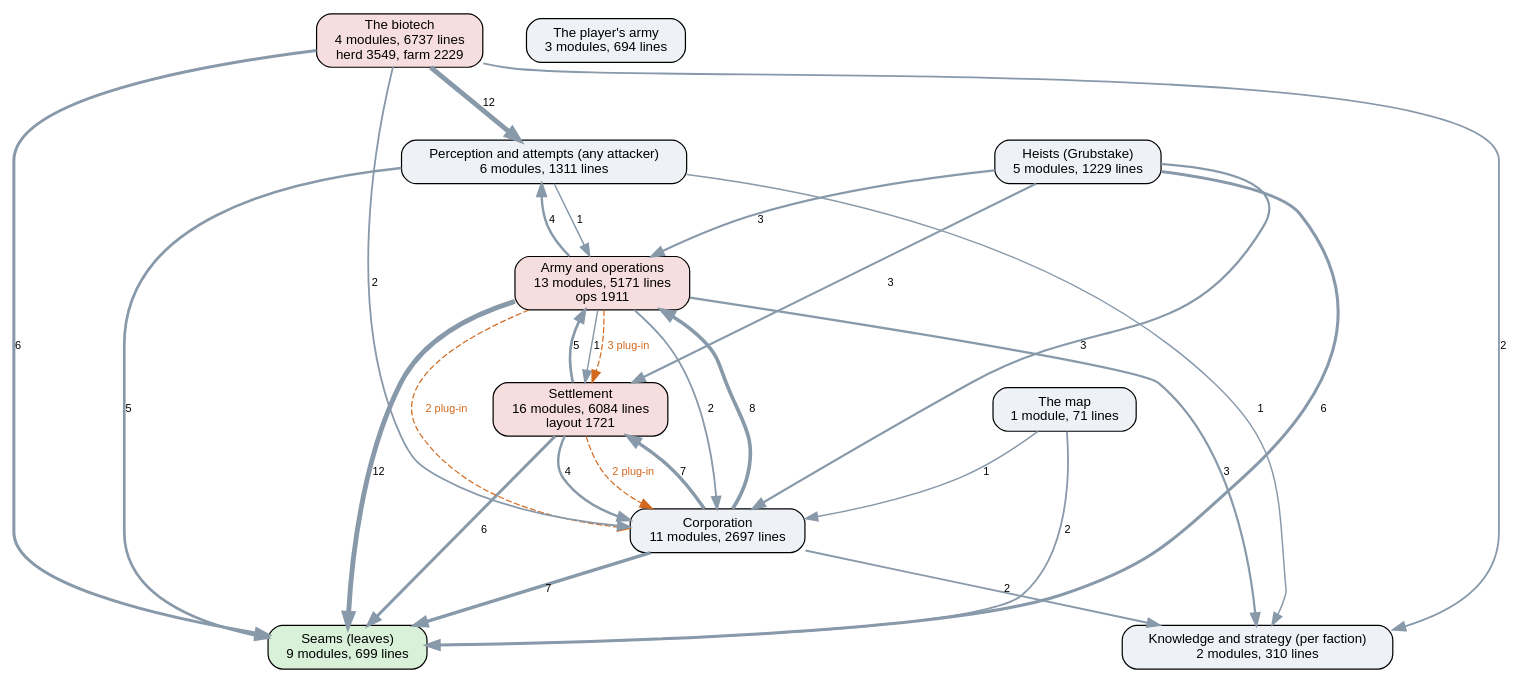
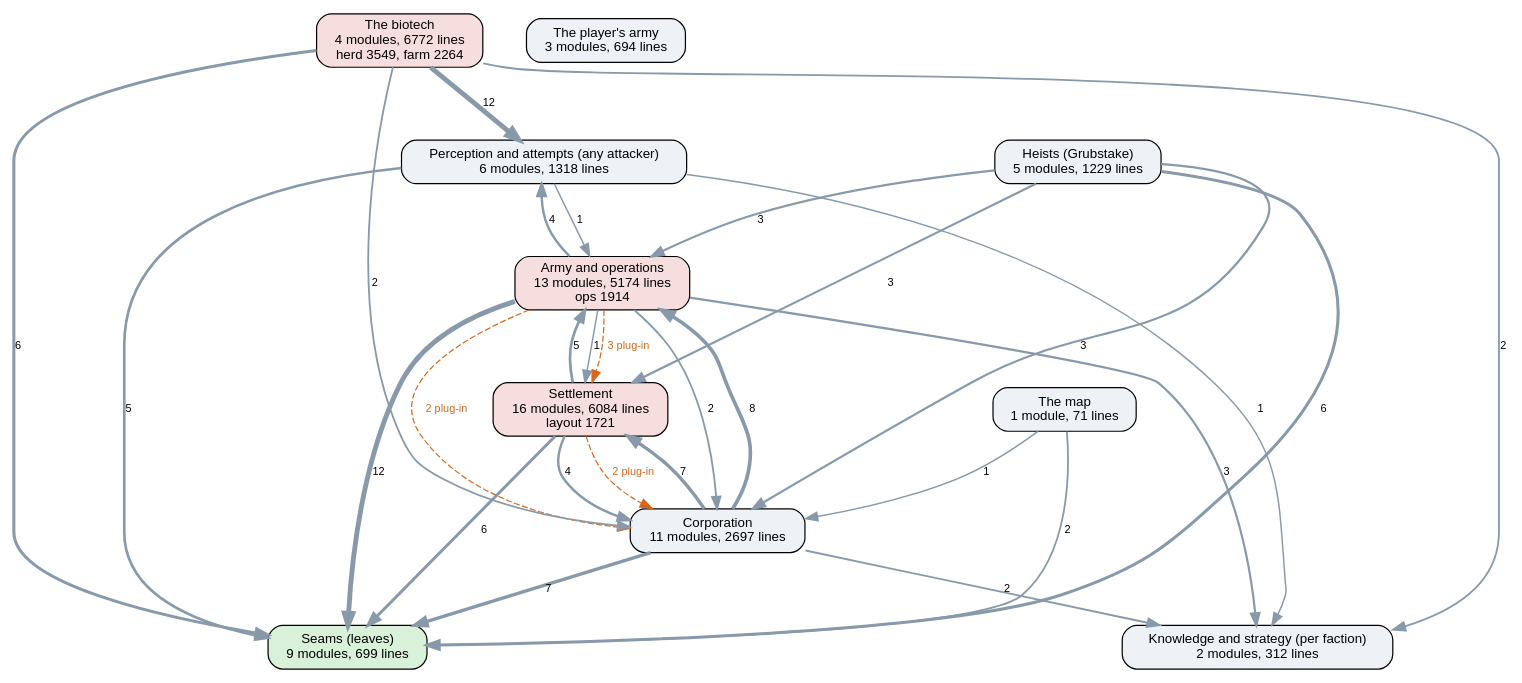
Before and after one commit to kinelhu/landing-party: the diagram in docs/ai-layers.dot, drawn with Graphviz. The commit also changed 13 other files, not shown here.

```diff
--- a/docs/ai-layers.dot
+++ b/docs/ai-layers.dot
@@ -1,43 +1,43 @@
 digraph layers {
   graph [rankdir=TB, fontname="Helvetica", nodesep=0.5, ranksep=0.7];
   node [shape=box, style="rounded,filled", fontname="Helvetica", fontsize=11, fillcolor="#eef2f7"];
   edge [color="#8899aa", fontname="Helvetica", fontsize=9];
   "Seams (leaves)" [label="Seams (leaves)\n9 modules, 699 lines", fillcolor="#d9f0d9"];
-  "Perception and attempts (any attacker)" [label="Perception and attempts (any attacker)\n6 modules, 1311 lines", fillcolor="#eef2f7"];
-  "Knowledge and strategy (per faction)" [label="Knowledge and strategy (per faction)\n2 modules, 310 lines", fillcolor="#eef2f7"];
+  "Perception and attempts (any attacker)" [label="Perception and attempts (any attacker)\n6 modules, 1318 lines", fillcolor="#eef2f7"];
+  "Knowledge and strategy (per faction)" [label="Knowledge and strategy (per faction)\n2 modules, 312 lines", fillcolor="#eef2f7"];
   "Corporation" [label="Corporation\n11 modules, 2697 lines", fillcolor="#eef2f7"];
   "Settlement" [label="Settlement\n16 modules, 6084 lines\nlayout 1721", fillcolor="#f7dede"];
-  "Army and operations" [label="Army and operations\n13 modules, 5171 lines\nops 1911", fillcolor="#f7dede"];
+  "Army and operations" [label="Army and operations\n13 modules, 5174 lines\nops 1914", fillcolor="#f7dede"];
   "Heists (Grubstake)" [label="Heists (Grubstake)\n5 modules, 1229 lines", fillcolor="#eef2f7"];
-  "The biotech" [label="The biotech\n4 modules, 6737 lines\nherd 3549, farm 2229", fillcolor="#f7dede"];
+  "The biotech" [label="The biotech\n4 modules, 6772 lines\nherd 3549, farm 2264", fillcolor="#f7dede"];
   "The map" [label="The map\n1 module, 71 lines", fillcolor="#eef2f7"];
   "The player's army" [label="The player's army\n3 modules, 694 lines", fillcolor="#eef2f7"];
   "Army and operations" -> "Corporation" [label="2", penwidth=1.5];
   "Army and operations" -> "Knowledge and strategy (per faction)" [label="3", penwidth=1.8];
   "Army and operations" -> "Perception and attempts (any attacker)" [label="4", penwidth=2.0];
   "Army and operations" -> "Seams (leaves)" [label="12", penwidth=4.0];
   "Army and operations" -> "Settlement" [label="1", penwidth=1.2];
   "Corporation" -> "Army and operations" [label="8", penwidth=3.0];
   "Corporation" -> "Knowledge and strategy (per faction)" [label="2", penwidth=1.5];
   "Corporation" -> "Seams (leaves)" [label="7", penwidth=2.8];
   "Corporation" -> "Settlement" [label="7", penwidth=2.8];
   "Heists (Grubstake)" -> "Army and operations" [label="3", penwidth=1.8];
   "Heists (Grubstake)" -> "Corporation" [label="3", penwidth=1.8];
   "Heists (Grubstake)" -> "Seams (leaves)" [label="6", penwidth=2.5];
   "Heists (Grubstake)" -> "Settlement" [label="3", penwidth=1.8];
   "Perception and attempts (any attacker)" -> "Army and operations" [label="1", penwidth=1.2];
   "Perception and attempts (any attacker)" -> "Knowledge and strategy (per faction)" [label="1", penwidth=1.2];
   "Perception and attempts (any attacker)" -> "Seams (leaves)" [label="5", penwidth=2.2];
   "Settlement" -> "Army and operations" [label="5", penwidth=2.2];
   "Settlement" -> "Corporation" [label="4", penwidth=2.0];
   "Settlement" -> "Seams (leaves)" [label="6", penwidth=2.5];
   "The biotech" -> "Corporation" [label="2", penwidth=1.5];
   "The biotech" -> "Knowledge and strategy (per faction)" [label="2", penwidth=1.5];
   "The biotech" -> "Perception and attempts (any attacker)" [label="12", penwidth=4.0];
   "The biotech" -> "Seams (leaves)" [label="6", penwidth=2.5];
   "The map" -> "Corporation" [label="1", penwidth=1.2];
   "The map" -> "Seams (leaves)" [label="2", penwidth=1.5];
   "Army and operations" -> "Corporation" [style=dashed, color="#d2691e", fontcolor="#d2691e", label="2 plug-in"];
   "Army and operations" -> "Settlement" [style=dashed, color="#d2691e", fontcolor="#d2691e", label="3 plug-in"];
   "Settlement" -> "Corporation" [style=dashed, color="#d2691e", fontcolor="#d2691e", label="2 plug-in"];
 }
```
